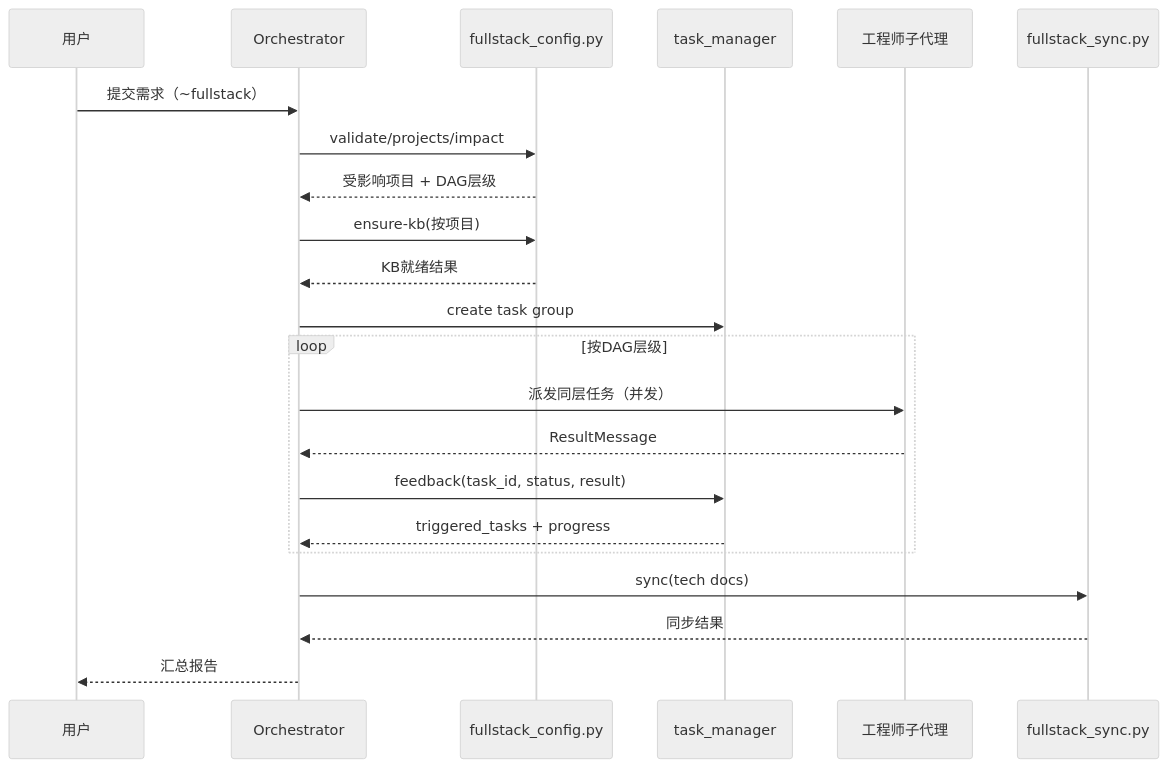
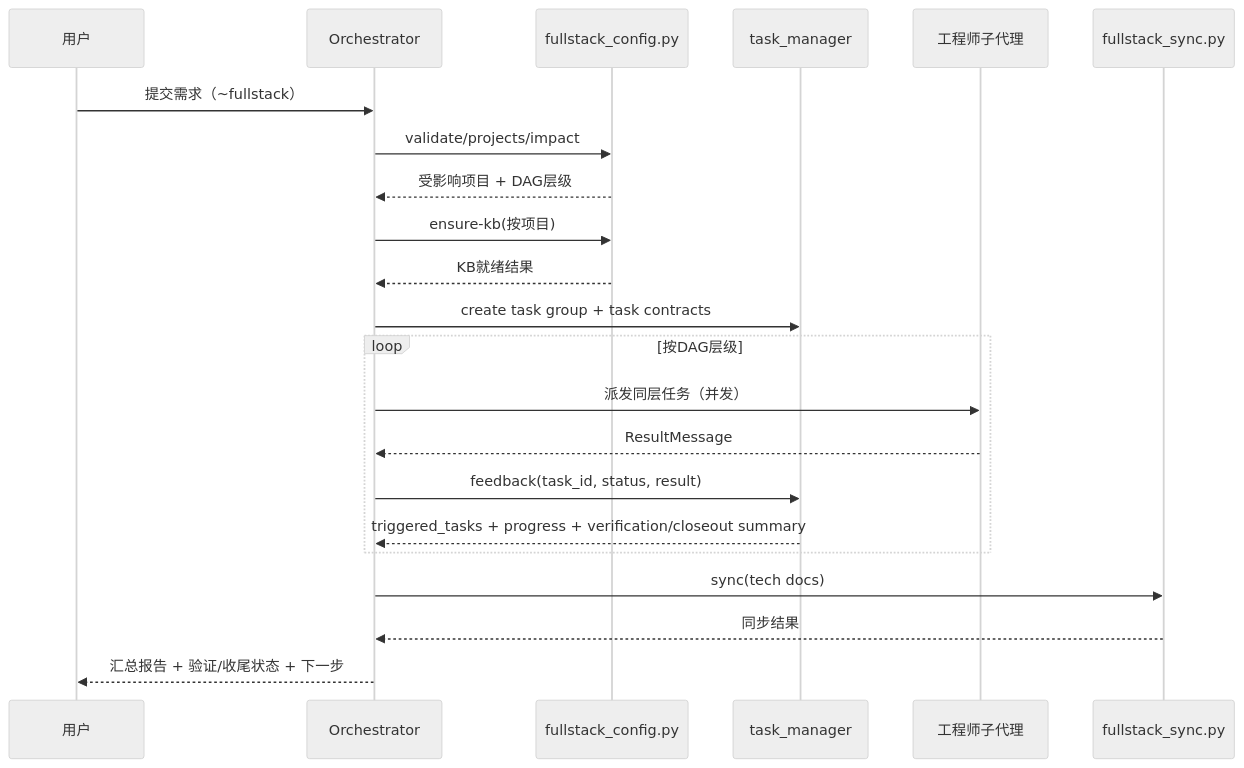
One commit to sunnyboy23/helloagents changed the second of 3 diagrams in docs/fullstack-mode-design.md. Above: the diagram before and after it, drawn with Mermaid (neutral theme). The commit also changed other lines of this file and 26 other files, not shown here.

````diff
--- a/docs/fullstack-mode-design.md
+++ b/docs/fullstack-mode-design.md
@@ -155,25 +168,25 @@
 ```mermaid
 sequenceDiagram
     participant User as 用户
     participant Orc as Orchestrator
     participant Cfg as fullstack_config.py
     participant Tm as task_manager
     participant Eng as 工程师子代理
     participant Sync as fullstack_sync.py
 
     User->>Orc: 提交需求（~fullstack）
     Orc->>Cfg: validate/projects/impact
     Cfg-->>Orc: 受影响项目 + DAG层级
     Orc->>Cfg: ensure-kb(按项目)
     Cfg-->>Orc: KB就绪结果
-    Orc->>Tm: create task group
+    Orc->>Tm: create task group + task contracts
     loop 按DAG层级
         Orc->>Eng: 派发同层任务（并发）
         Eng-->>Orc: ResultMessage
         Orc->>Tm: feedback(task_id, status, result)
-        Tm-->>Orc: triggered_tasks + progress
+        Tm-->>Orc: triggered_tasks + progress + verification/closeout summary
     end
     Orc->>Sync: sync(tech docs)
     Sync-->>Orc: 同步结果
-    Orc-->>User: 汇总报告
+    Orc-->>User: 汇总报告 + 验证/收尾状态 + 下一步
 ```
````
